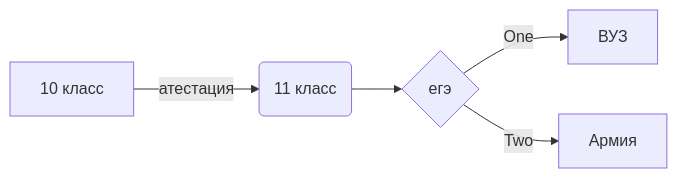
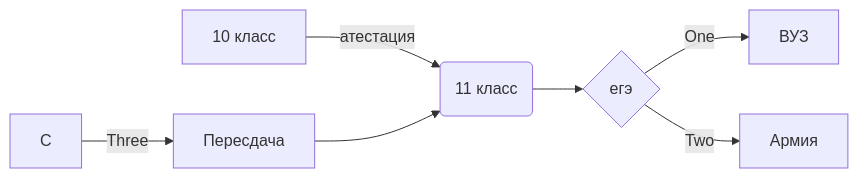
The diagram in README.md (1nikov7/-.-.-), drawn with Mermaid before and after one commit.

````diff
--- a/README.md
+++ b/README.md
@@ -68,7 +68,9 @@
 ```mermaid
 flowchart LR
 A[10 класс] -->|атестация| B(11 класс)
 B --> C{егэ}
 C -->|One| D[ВУЗ]
 C -->|Two| E[Армия]
+С -->|Three| F[Пересдача]
+F --> B
 ```
````
